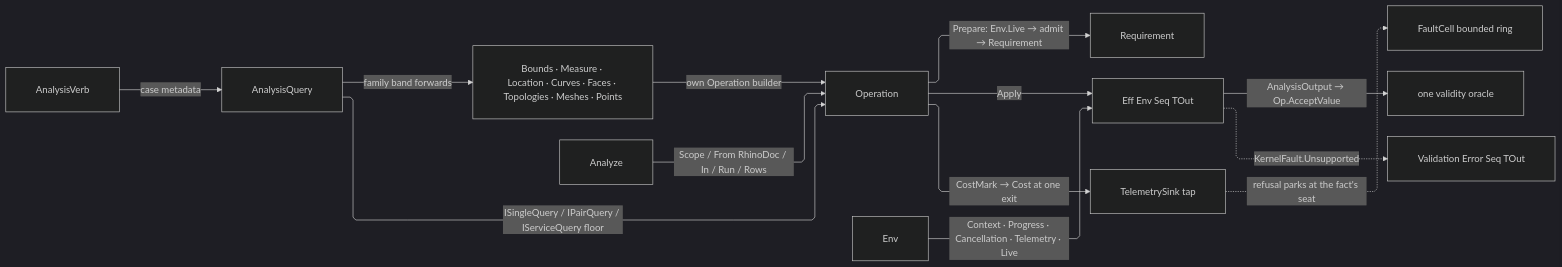
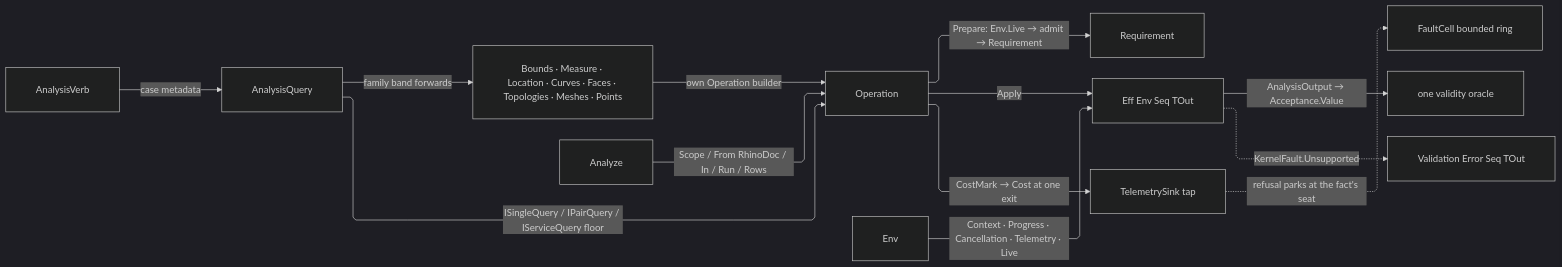
Before and after one commit to bsamiee/Rasm: the diagram in libs/dotnet/Rasm/.planning/Analysis/query.md, drawn with Mermaid (dark theme). The commit also changed 22 other files, not shown here.

````diff
--- a/libs/dotnet/Rasm/.planning/Analysis/query.md
+++ b/libs/dotnet/Rasm/.planning/Analysis/query.md
@@ -558,24 +558,24 @@
 ```mermaid
 ---
 config:
   layout: elk
   flowchart:
     curve: linear
     padding: 25
 ---
 flowchart LR
     accTitle: Analysis query dispatch and execution flow
     accDescr: The verb roster naming each request case, the arity floors deciding which dispatcher reaches its owning builder, the family unions forwarding through their own operation builders, the operation preparing and applying over the Eff runtime and charging one cost capsule at one exit, the runtime environment feeding the Eff, the output projecting through the one validity oracle, the facade entering the operation, and the Eff lowering onto the validation result carrier.
     AnalysisVerb -->|case metadata| AnalysisQuery
     AnalysisQuery -->|ISingleQuery / IPairQuery / IServiceQuery floor| Operation
     AnalysisQuery -->|family band forwards| FamilyUnions[Bounds · Measure · Location · Curves · Faces · Topologies · Meshes · Points]
     FamilyUnions -->|own Operation builder| Operation
     Operation -->|Prepare: Env.Live → admit → Requirement| Requirement
     Operation -->|Apply| Eff[Eff Env Seq TOut]
     Operation -->|CostMark → Cost at one exit| Sink[TelemetrySink tap]
     Sink -.->|refusal parks at the fact's seat| Cell[FaultCell bounded ring]
     Env -->|Context · Progress · Cancellation · Telemetry · Live| Eff
-    Eff -->|AnalysisOutput → Op.AcceptValue| Oracle[one validity oracle]
+    Eff -->|AnalysisOutput → Acceptance.Value| Oracle[one validity oracle]
     Analyze -->|Scope / From RhinoDoc / In / Run / Rows| Operation
     Eff -.->|KernelFault.Unsupported| Validation[Validation Error Seq TOut]
 ```
````
